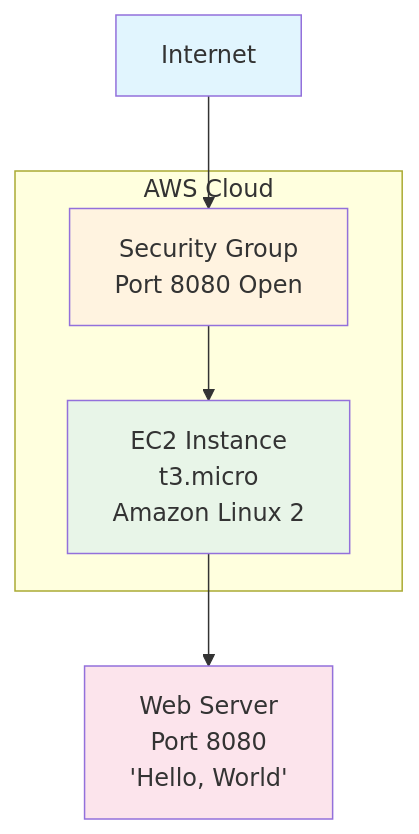
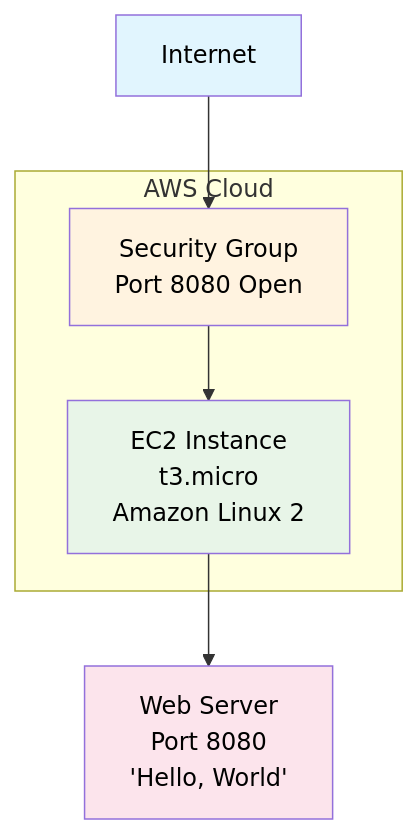
One commit to Dev-Romm/Terraform-30-days changed the diagram in architecture.md. Above: the diagram before and after it, drawn with Mermaid.

Commit message:
Dark text

````diff
--- a/architecture.md
+++ b/architecture.md
@@ -1,16 +1,16 @@
 ```mermaid
 graph TB
     A[Internet] --> B[Security Group<br/>Port 8080 Open]
     B --> C[EC2 Instance<br/>t3.micro<br/>Amazon Linux 2]
     C --> D[Web Server<br/>Port 8080<br/>'Hello, World']
 
     subgraph "AWS Cloud"
         B
         C
     end
 
-    style A fill:#e1f5fe
-    style B fill:#fff3e0
-    style C fill:#e8f5e8
-    style D fill:#fce4ec
+    style A fill:#e1f5fe,color:black
+    style B fill:#fff3e0,color:black
+    style C fill:#e8f5e8,color:black
+    style D fill:#fce4ec,color:black
 ```
````
